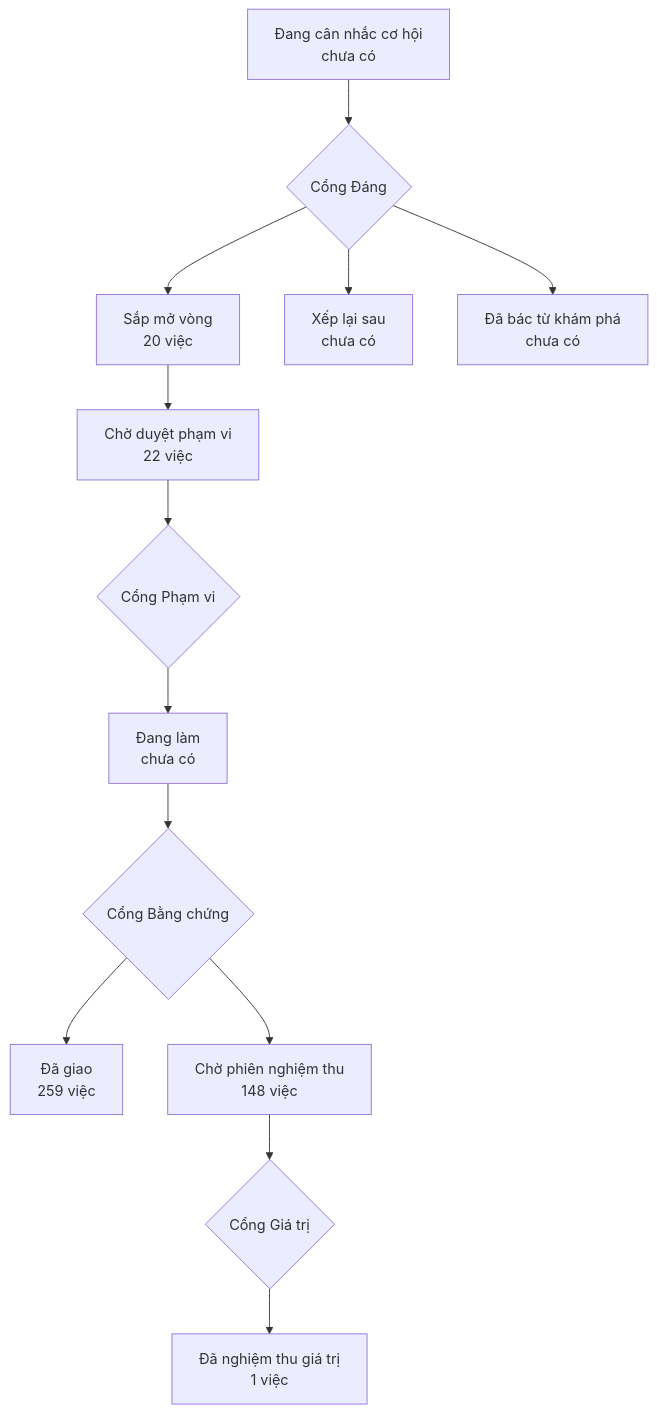
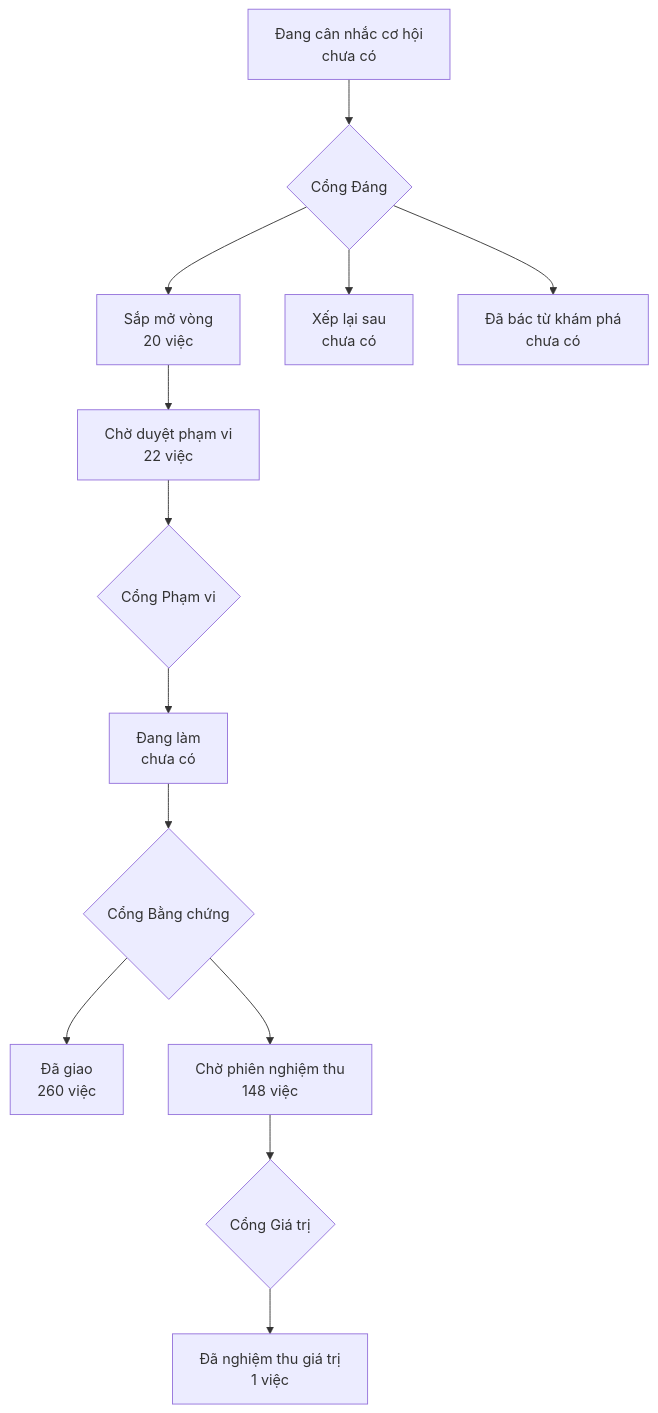
The diagram in PRODUCT-MAP.md (phanlemanh/onehub-invest), drawn with Mermaid before and after one commit. The commit also changed other lines of this file and 36 other files, not shown here.

````diff
--- a/PRODUCT-MAP.md
+++ b/PRODUCT-MAP.md
@@ -7,12 +7,12 @@
 ```mermaid
 flowchart TD
   A["Đang cân nhắc cơ hội<br/>chưa có"] --> GD{"Cổng Đáng"}
   GD --> B["Sắp mở vòng<br/>20 việc"]
   GD --> XL["Xếp lại sau<br/>chưa có"]
   GD --> DB["Đã bác từ khám phá<br/>chưa có"]
   B --> CD["Chờ duyệt phạm vi<br/>22 việc"] --> GP{"Cổng Phạm vi"}
   GP --> DL["Đang làm<br/>chưa có"] --> GB{"Cổng Bằng chứng"}
-  GB --> DG["Đã giao<br/>259 việc"]
+  GB --> DG["Đã giao<br/>260 việc"]
   GB --> CN["Chờ phiên nghiệm thu<br/>148 việc"] --> GG{"Cổng Giá trị"}
   GG --> NT["Đã nghiệm thu giá trị<br/>1 việc"]
 ```
````
